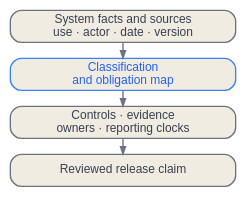
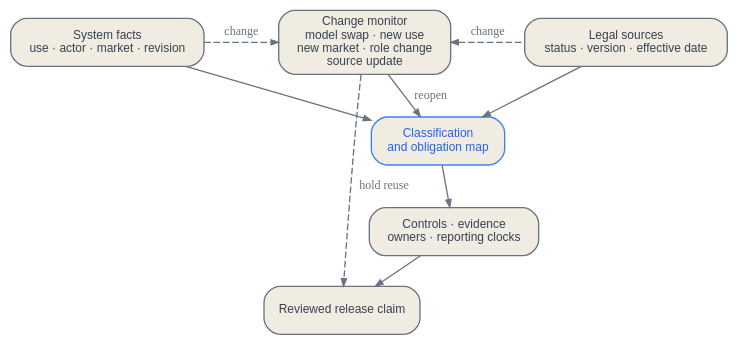
One commit to latere-ai/ai-as-an-infrastructure changed the diagram in en/safety/08-law-regulation-policy.qmd. Above: the diagram before and after it, drawn with Graphviz. The commit also changed other lines of this file and 1 other file, not shown here.

Commit message:
safety: law chapter drops the classification stepper; the versioned claim draws the change monitor and its reopen edge

````diff
--- a/en/safety/08-law-regulation-policy.qmd
+++ b/en/safety/08-law-regulation-policy.qmd
@@ -52,16 +38,25 @@
 ```{dot}
 //| label: fig-law-versioned-claim
-//| fig-cap: "A compliance conclusion is valid only for the recorded facts and sources. A change at either input reopens classification before release evidence can be reused."
+//| fig-cap: "A compliance conclusion is valid only for the recorded system facts and legal sources. A change monitor watches both inputs; a change at either reopens classification, and the release claim is held until the obligations, controls, and evidence have been reviewed again."
 digraph claim {
   rankdir=TB;
   bgcolor="transparent";
-  graph [nodesep=0.12, ranksep=0.16];
-  node [shape=box, style="rounded,filled", fontname="Helvetica", fontsize=9, color="#6b7280", fontcolor="#374151", fillcolor="#f1ece1", width=2.35, height=0.34, margin="0.05,0.03"];
-  edge [color="#6b7280", arrowsize=0.55];
-  inputs [label="System facts and sources\nuse · actor · date · version"];
+  graph [nodesep=0.3, ranksep=0.3];
+  node [shape=box, style="rounded,filled", fontname="Helvetica", fontsize=9, color="#6b7280", fontcolor="#374151", fillcolor="#f1ece1", margin="0.08,0.05"];
+  facts [label="System facts\nuse · actor · market · revision"];
+  monitor [label="Change monitor\nmodel swap · new use\nnew market · role change\nsource update"];
+  sources [label="Legal sources\nstatus · version · effective date"];
   classify [label="Classification\nand obligation map", color="#3b82f6", fontcolor="#2563eb"];
   evidence [label="Controls · evidence\nowners · reporting clocks"];
   release [label="Reviewed release claim"];
-  inputs -> classify -> evidence -> release;
+  edge [color="#6b7280", arrowsize=0.55, fontsize=9, fontcolor="#6b7280"];
+  facts -> classify;
+  sources -> classify;
+  classify -> evidence -> release;
+  facts -> monitor [style=dashed, label="change"];
+  monitor -> sources [style=dashed, dir=back, label="change"];
+  monitor -> classify [label="reopen"];
+  monitor -> release [style=dashed, label="hold reuse"];
+  {rank=same; facts; monitor; sources;}
 }
 ```
````
